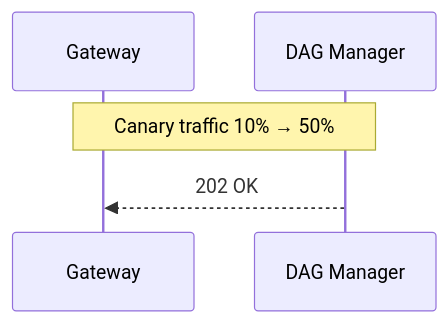
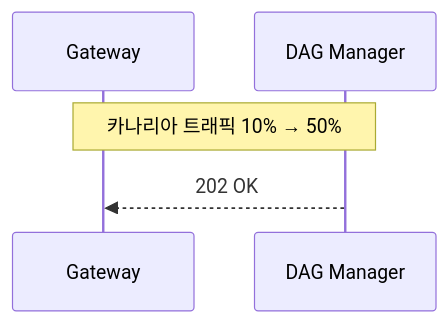
One commit to hyophyop/qmtl changed the diagram in docs/ko/architecture/dag-manager.md. Above: the diagram before and after it, drawn with Mermaid. The commit also changed other lines of this file and 64 other files, not shown here.

````diff
--- a/docs/ko/architecture/dag-manager.md
+++ b/docs/ko/architecture/dag-manager.md
@@ -259,7 +259,7 @@
 ```mermaid
 sequenceDiagram
     participant G as Gateway
     participant D as DAG Manager
-    Note over G,D: Canary traffic 10% → 50%
+    Note over G,D: 카나리아 트래픽 10% → 50%
         D-->>G: 202 OK
 ```
````
